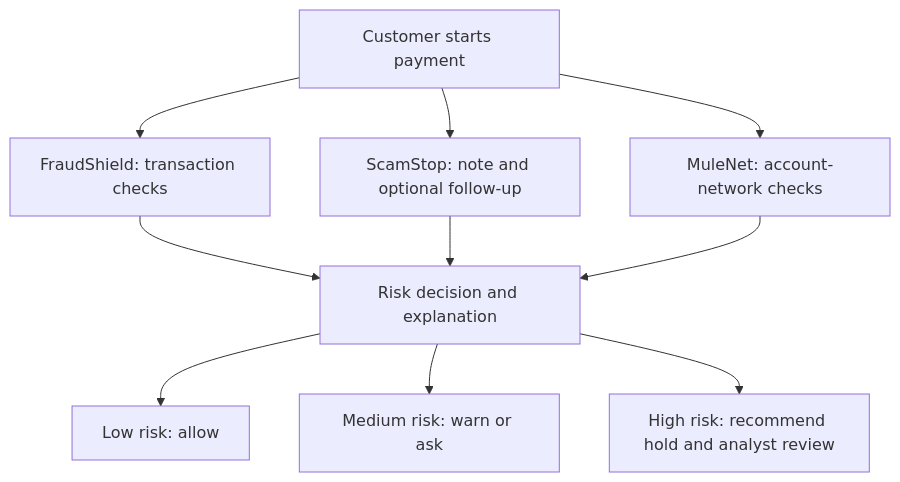
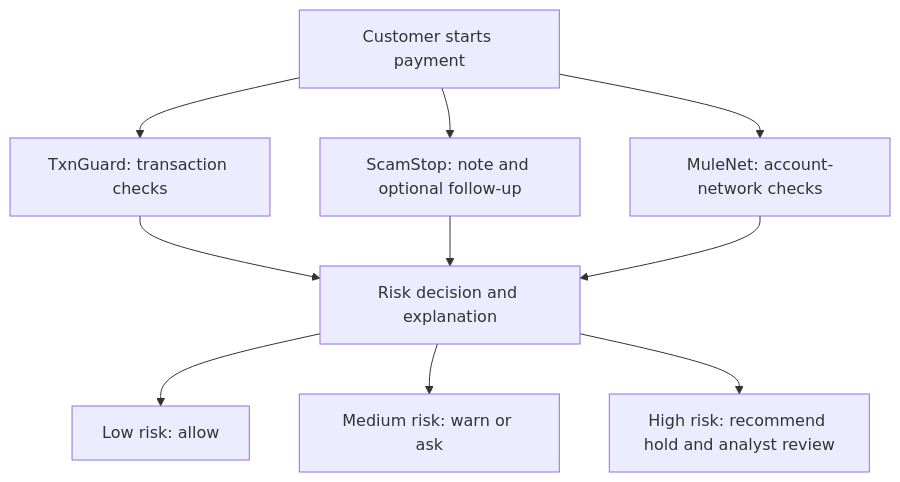
Before and after one commit to 05lakb/scamguard: the diagram in README.md, drawn with Mermaid. The commit also changed other lines of this file and 47 other files, not shown here.

````diff
--- a/README.md
+++ b/README.md
@@ -18,12 +34,12 @@
 ```mermaid
 flowchart TB
-    P["Customer starts payment"] --> F["FraudShield: transaction checks"]
+    P["Customer starts payment"] --> F["TxnGuard: transaction checks"]
     P --> S["ScamStop: note and optional follow-up"]
     P --> M["MuleNet: account-network checks"]
     F --> D["Risk decision and explanation"]
     S --> D
     M --> D
     D --> L["Low risk: allow"]
     D --> W["Medium risk: warn or ask"]
     D --> H["High risk: recommend hold and analyst review"]
 ```
````
